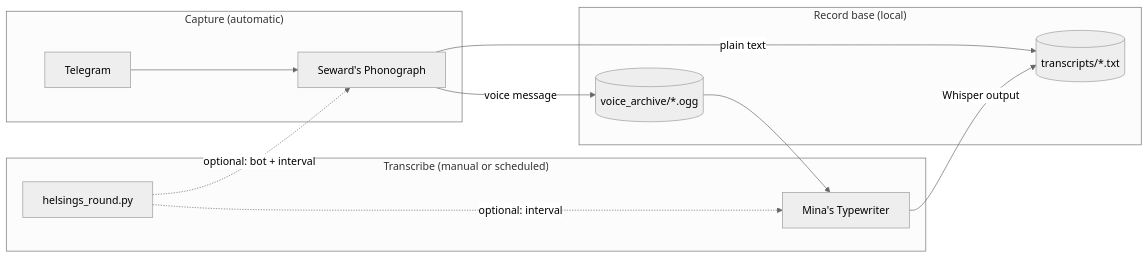
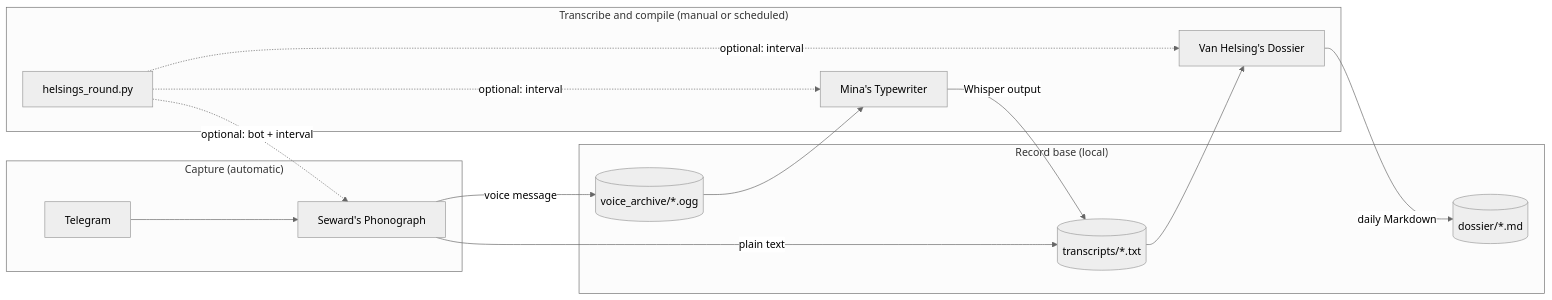
Before and after one commit to GuilherLRO/harkers_archive: the diagram in README.md, drawn with Mermaid (neutral theme). The commit also changed other lines of this file and 16 other files, not shown here.

First line of the commit message:
Add Van Helsing's Dossier and schedule it from helsings_round.

````diff
--- a/README.md
+++ b/README.md
@@ -38,25 +40,30 @@
 ```mermaid
 flowchart LR
   subgraph capture["Capture (automatic)"]
     TG[Telegram]
     SP[Seward's Phonograph]
     TG --> SP
   end
 
   subgraph store["Record base (local)"]
     VA[(voice_archive/*.ogg)]
     TR[(transcripts/*.txt)]
+    DO[(dossier/*.md)]
   end
 
-  subgraph transcribe["Transcribe (manual or scheduled)"]
+  subgraph transcribe["Transcribe and compile (manual or scheduled)"]
     MT[Mina's Typewriter]
+    VD[Van Helsing's Dossier]
     AR[helsings_round.py]
   end
 
   SP -->|voice message| VA
   SP -->|plain text| TR
   VA --> MT
   MT -->|Whisper output| TR
+  TR --> VD
+  VD -->|daily Markdown| DO
   AR -.->|optional: bot + interval| SP
   AR -.->|optional: interval| MT
+  AR -.->|optional: interval| VD
 ```
````
